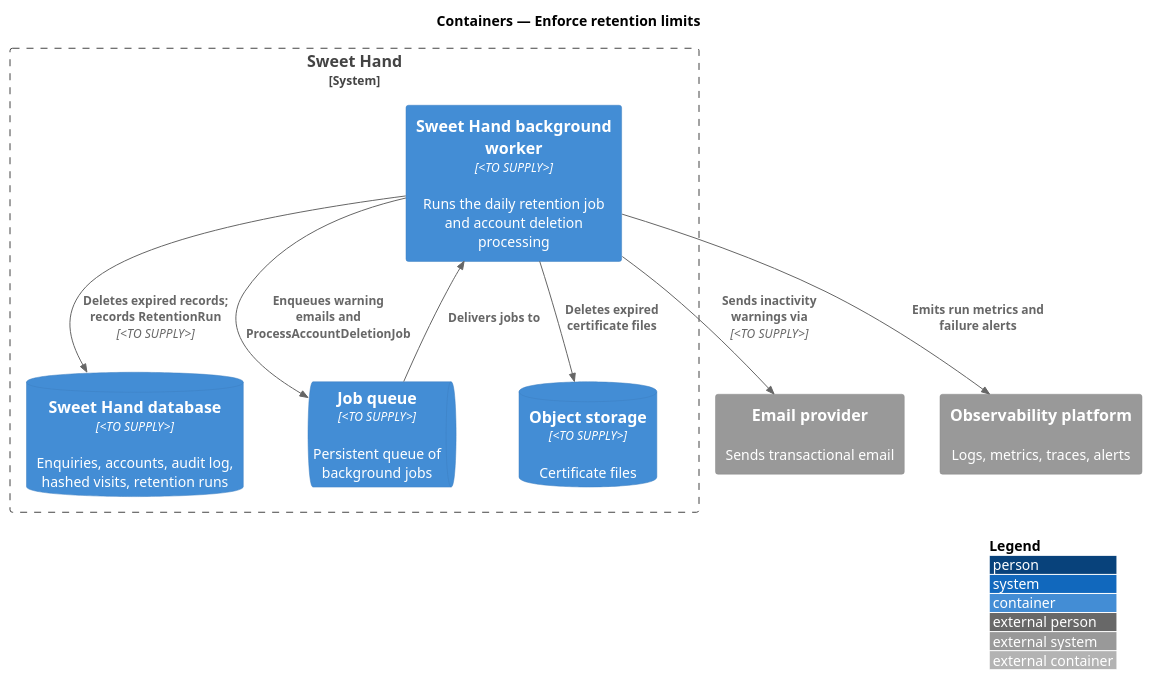
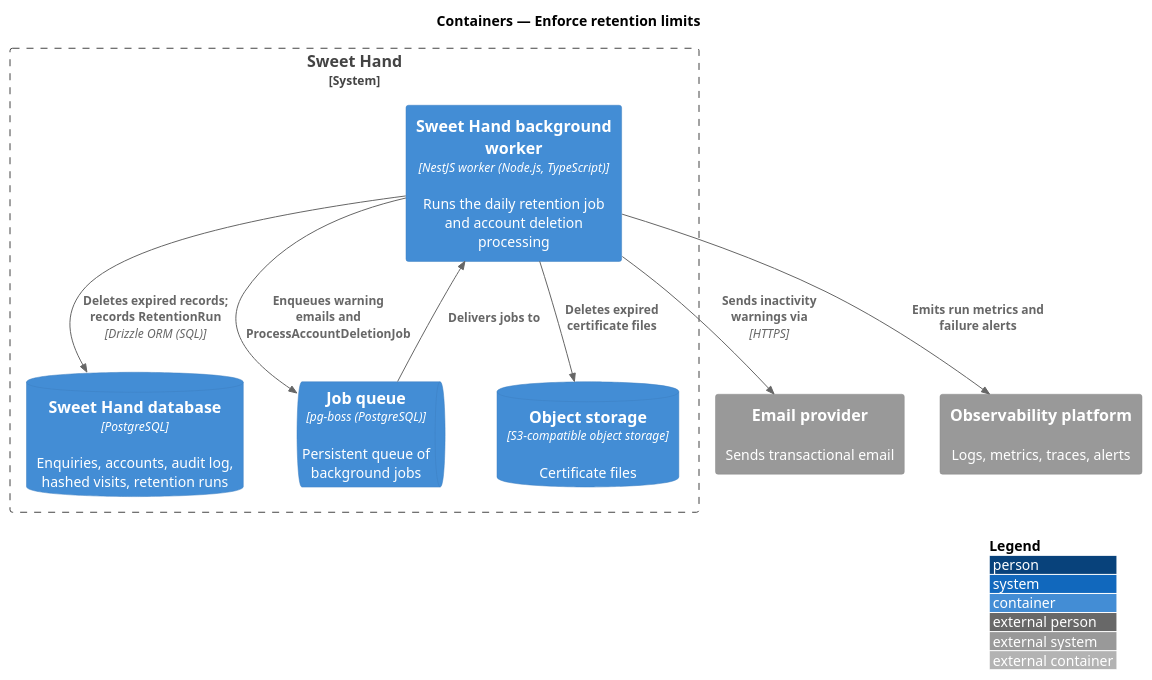
One commit to QuinntyneBrown/sweet-hand changed the diagram in docs/detailed-designs/privacy/enforce-retention/diagrams/c4-container.puml. Above: the diagram before and after it, drawn with PlantUML. The commit also changed 34 other files, not shown here.

```diff
--- a/docs/detailed-designs/privacy/enforce-retention/diagrams/c4-container.puml
+++ b/docs/detailed-designs/privacy/enforce-retention/diagrams/c4-container.puml
@@ -1,21 +1,21 @@
 @startuml
 !include <C4/C4_Container>
 LAYOUT_WITH_LEGEND()
 title Containers — Enforce retention limits
 
 System_Ext(email, "Email provider", "Sends transactional email")
 System_Ext(obs, "Observability platform", "Logs, metrics, traces, alerts")
 System_Boundary(sweethand, "Sweet Hand") {
-  Container(worker, "Sweet Hand background worker", "<TO SUPPLY>", "Runs the daily retention job and account deletion processing")
-  ContainerQueue(queue, "Job queue", "<TO SUPPLY>", "Persistent queue of background jobs")
-  ContainerDb(db, "Sweet Hand database", "<TO SUPPLY>", "Enquiries, accounts, audit log, hashed visits, retention runs")
-  ContainerDb(storage, "Object storage", "<TO SUPPLY>", "Certificate files")
+  Container(worker, "Sweet Hand background worker", "NestJS worker (Node.js, TypeScript)", "Runs the daily retention job and account deletion processing")
+  ContainerQueue(queue, "Job queue", "pg-boss (PostgreSQL)", "Persistent queue of background jobs")
+  ContainerDb(db, "Sweet Hand database", "PostgreSQL", "Enquiries, accounts, audit log, hashed visits, retention runs")
+  ContainerDb(storage, "Object storage", "S3-compatible object storage", "Certificate files")
 }
 
-Rel(worker, db, "Deletes expired records; records RetentionRun", "<TO SUPPLY>")
+Rel(worker, db, "Deletes expired records; records RetentionRun", "Drizzle ORM (SQL)")
 Rel(worker, storage, "Deletes expired certificate files")
 Rel(worker, queue, "Enqueues warning emails and ProcessAccountDeletionJob")
 Rel(queue, worker, "Delivers jobs to")
-Rel(worker, email, "Sends inactivity warnings via", "<TO SUPPLY>")
+Rel(worker, email, "Sends inactivity warnings via", "HTTPS")
 Rel(worker, obs, "Emits run metrics and failure alerts")
 @enduml
```
